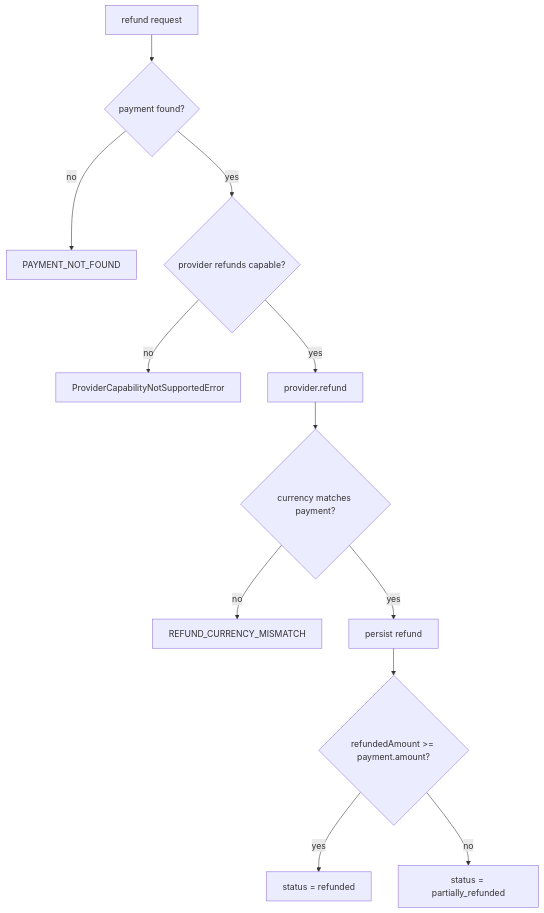
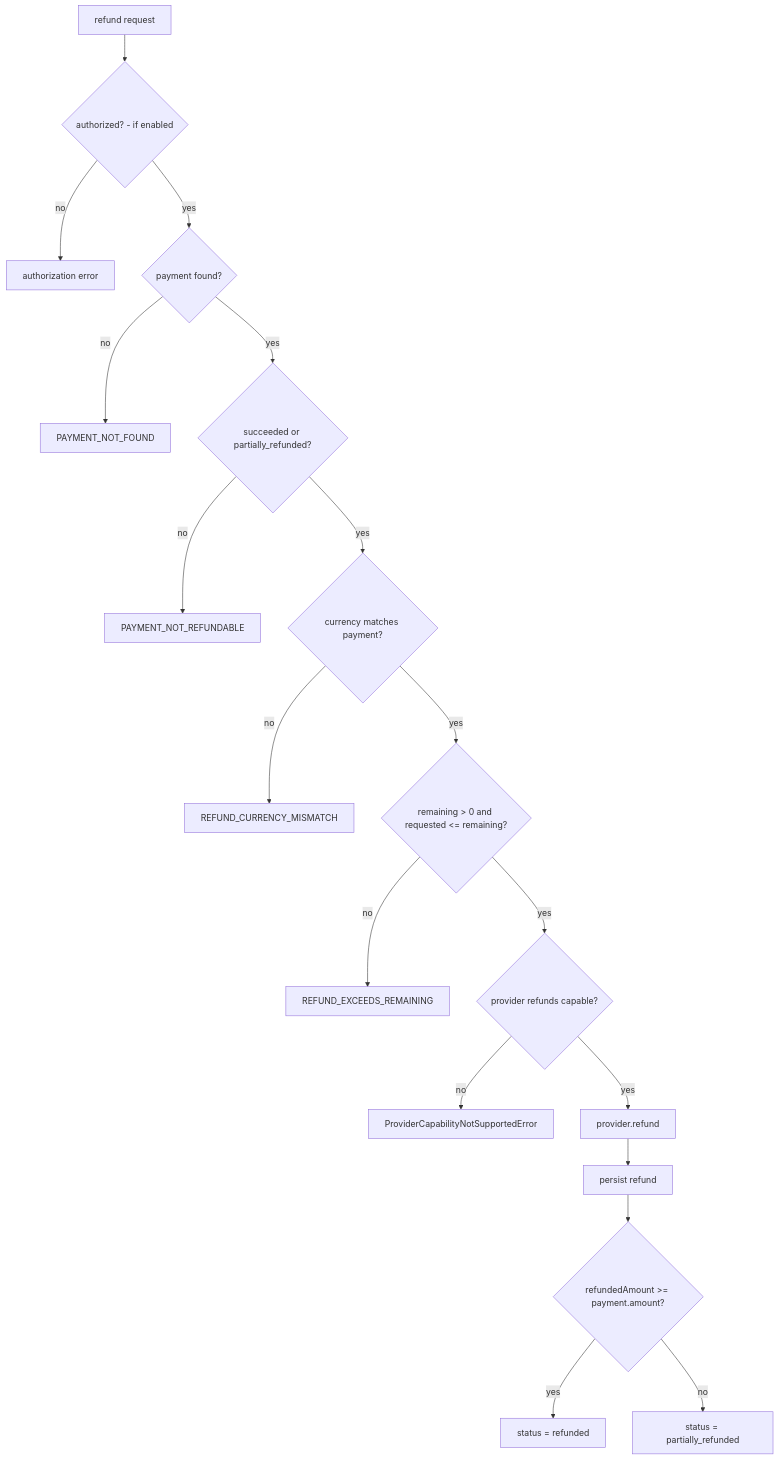
One commit to kidiatoliny/payable-docs changed the second of 2 diagrams in src/content/docs/features/11-charges-refunds.md. Above: the diagram before and after it, drawn with Mermaid. The commit also changed other lines of this file and 98 other files, not shown here.

````diff
--- a/src/content/docs/features/11-charges-refunds.md
+++ b/src/content/docs/features/11-charges-refunds.md
@@ -120,14 +176,20 @@
 ```mermaid
 flowchart TD
-    A[refund request] --> B{payment found?}
+    A[refund request] --> Z{authorized? - if enabled}
+    Z -- no --> ZE[authorization error]
+    Z -- yes --> B{payment found?}
     B -- no --> E[PAYMENT_NOT_FOUND]
-    B -- yes --> C{provider refunds capable?}
+    B -- yes --> R{succeeded or partially_refunded?}
+    R -- no --> RN[PAYMENT_NOT_REFUNDABLE]
+    R -- yes --> G{currency matches payment?}
+    G -- no --> H[REFUND_CURRENCY_MISMATCH]
+    G -- yes --> M{remaining > 0 and requested <= remaining?}
+    M -- no --> N[REFUND_EXCEEDS_REMAINING]
+    M -- yes --> C{provider refunds capable?}
     C -- no --> F[ProviderCapabilityNotSupportedError]
     C -- yes --> D[provider.refund]
-    D --> G{currency matches payment?}
-    G -- no --> H[REFUND_CURRENCY_MISMATCH]
-    G -- yes --> I[persist refund]
+    D --> I[persist refund]
     I --> J{refundedAmount >= payment.amount?}
     J -- yes --> K[status = refunded]
     J -- no --> L[status = partially_refunded]
 ```
````
